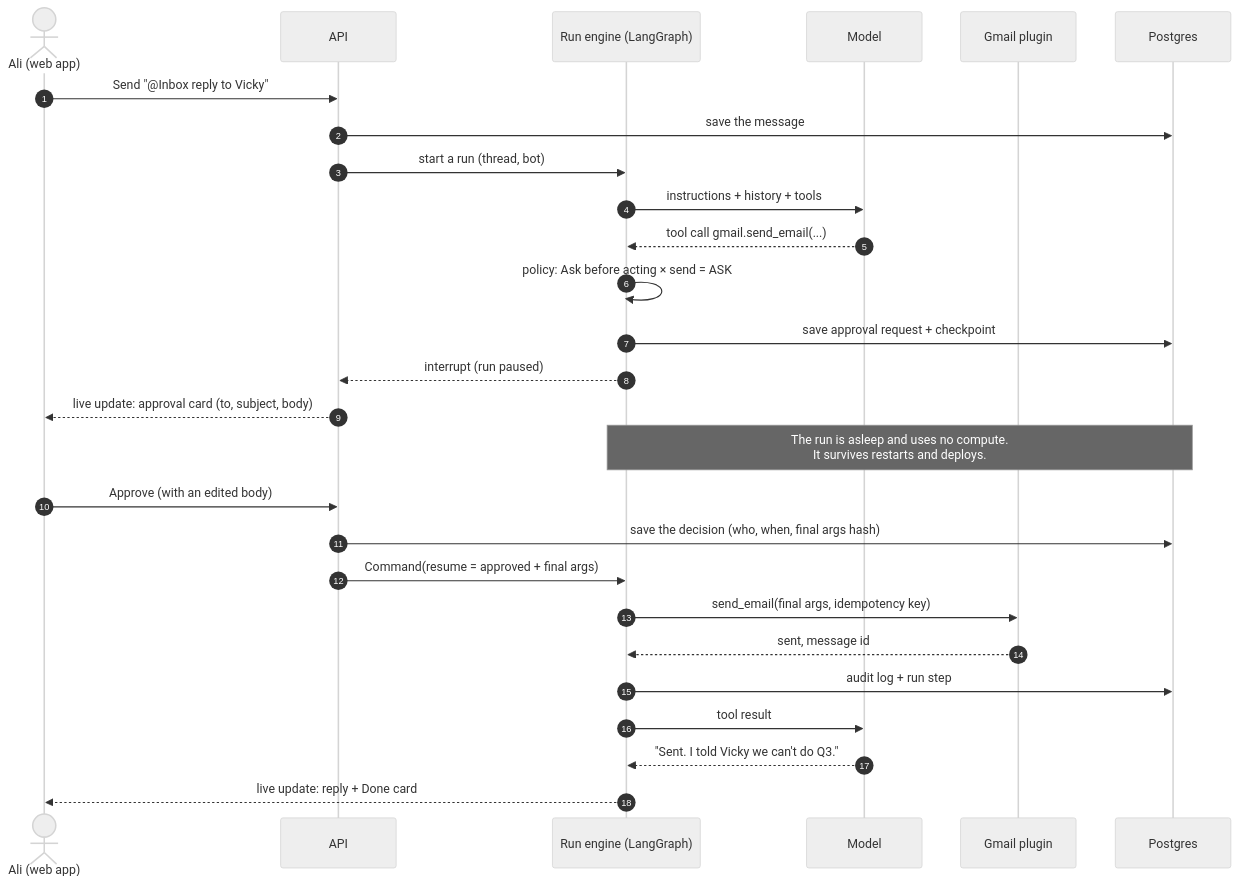
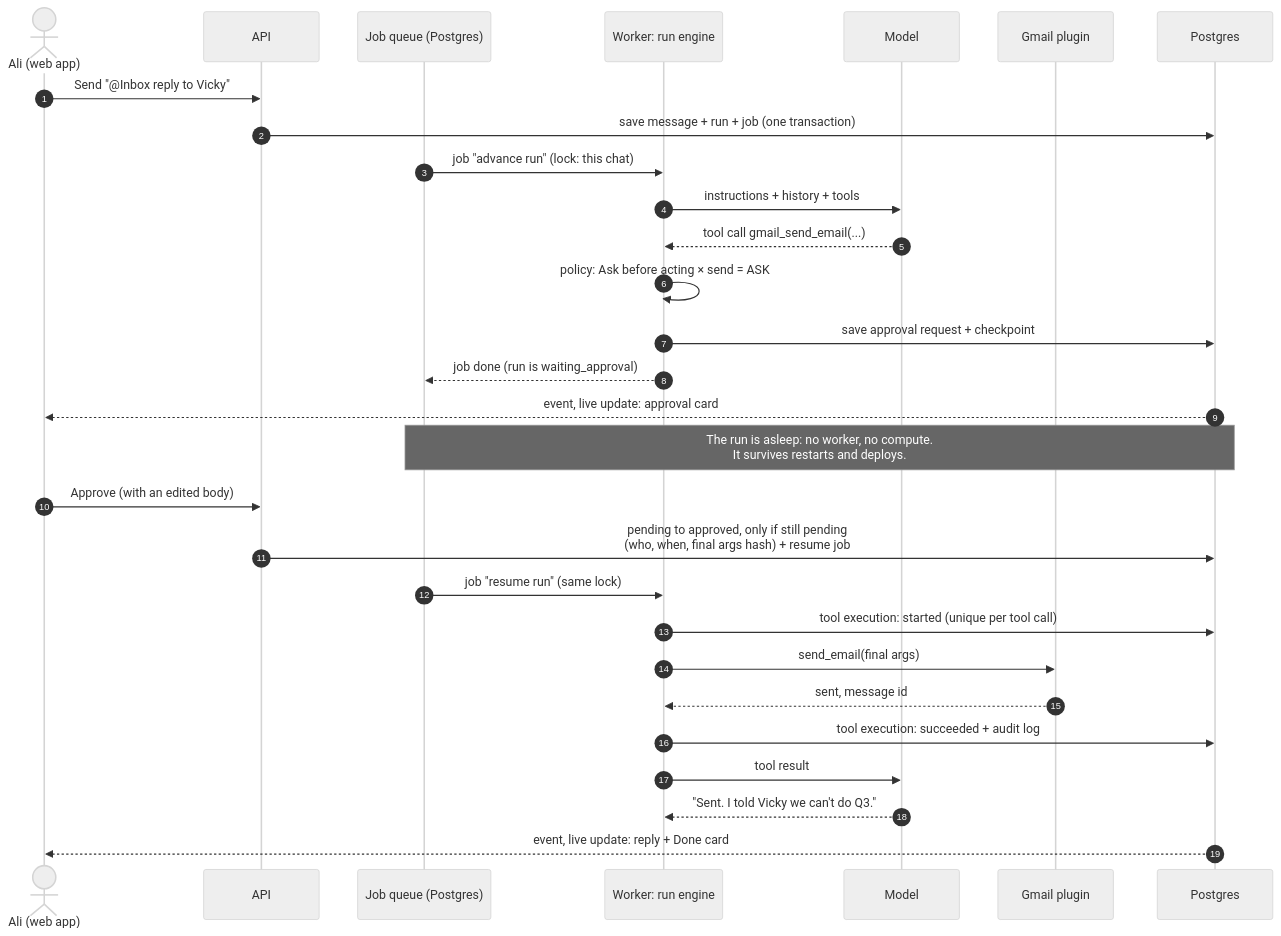
The diagram in docs/architecture/diagrams/05-approval-sequence.mmd (alihassan-coder/botdesk), drawn with Mermaid (neutral theme) before and after one commit. The commit also changed 26 other files, not shown here.

Commit message:
docs: architecture review, scaling design and open-source repo structure

```diff
--- a/docs/architecture/diagrams/05-approval-sequence.mmd
+++ b/docs/architecture/diagrams/05-approval-sequence.mmd
@@ -1,27 +1,29 @@
 sequenceDiagram
   autonumber
   actor Ali as Ali (web app)
   participant API as API
-  participant RUN as Run engine (LangGraph)
+  participant Q as Job queue (Postgres)
+  participant RUN as Worker: run engine
   participant LLM as Model
   participant GM as Gmail plugin
   participant DB as Postgres
   Ali->>API: Send "@Inbox reply to Vicky"
-  API->>DB: save the message
-  API->>RUN: start a run (thread, bot)
+  API->>DB: save message + run + job (one transaction)
+  Q->>RUN: job "advance run" (lock: this chat)
   RUN->>LLM: instructions + history + tools
-  LLM-->>RUN: tool call gmail.send_email(...)
+  LLM-->>RUN: tool call gmail_send_email(...)
   RUN->>RUN: policy: Ask before acting × send = ASK
   RUN->>DB: save approval request + checkpoint
-  RUN-->>API: interrupt (run paused)
-  API-->>Ali: live update: approval card (to, subject, body)
-  Note over RUN,DB: The run is asleep and uses no compute.<br/>It survives restarts and deploys.
+  RUN-->>Q: job done (run is waiting_approval)
+  DB-->>Ali: event, live update: approval card
+  Note over Q,DB: The run is asleep: no worker, no compute.<br/>It survives restarts and deploys.
   Ali->>API: Approve (with an edited body)
-  API->>DB: save the decision (who, when, final args hash)
-  API->>RUN: Command(resume = approved + final args)
-  RUN->>GM: send_email(final args, idempotency key)
+  API->>DB: pending to approved, only if still pending<br/>(who, when, final args hash) + resume job
+  Q->>RUN: job "resume run" (same lock)
+  RUN->>DB: tool execution: started (unique per tool call)
+  RUN->>GM: send_email(final args)
   GM-->>RUN: sent, message id
-  RUN->>DB: audit log + run step
+  RUN->>DB: tool execution: succeeded + audit log
   RUN->>LLM: tool result
   LLM-->>RUN: "Sent. I told Vicky we can't do Q3."
-  RUN-->>Ali: live update: reply + Done card
+  DB-->>Ali: event, live update: reply + Done card
```
